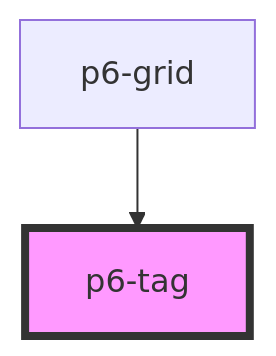
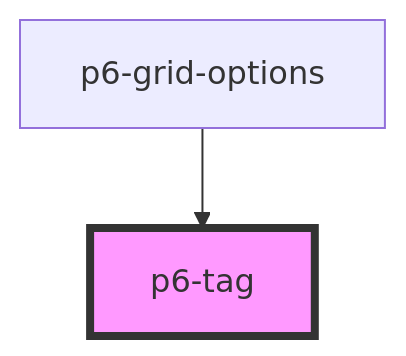
One commit to amalto/platform6-ui-components changed the diagram in src/components/atoms/p6-tag/readme.md. Above: the diagram before and after it, drawn with Mermaid. The commit also changed other lines of this file and 105 other files, not shown here.

````diff
--- a/src/components/atoms/p6-tag/readme.md
+++ b/src/components/atoms/p6-tag/readme.md
@@ -20,5 +20,5 @@
 ```mermaid
 graph TD;
-  p6-grid --> p6-tag
+  p6-grid-options --> p6-tag
   style p6-tag fill:#f9f,stroke:#333,stroke-width:4px
 ```
````
